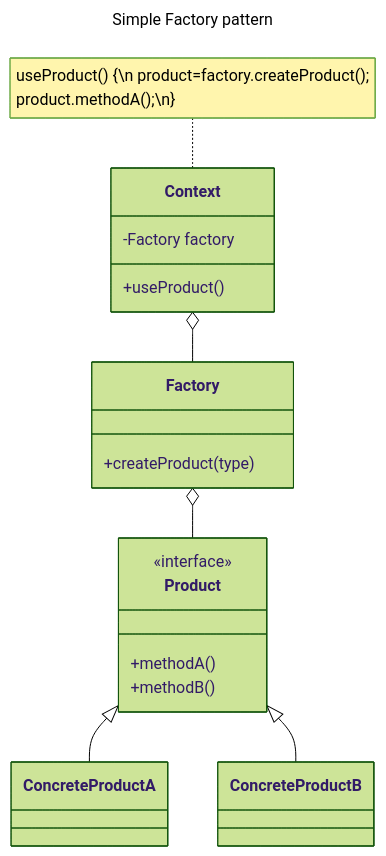
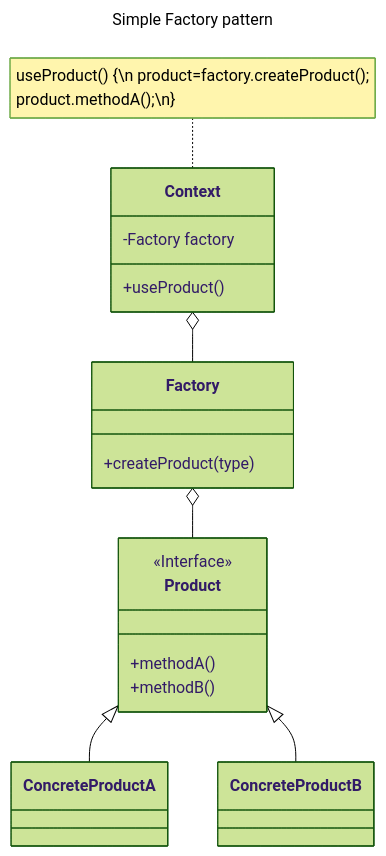
Before and after one commit to lamhq/tech-notes: the diagram in pages/software-engineering/design/ood/design-patterns/simple-factory.md, drawn with Mermaid (forest theme). The commit also changed 6 other files, not shown here.

Commit message:
fix mermaid class annotation

````diff
--- a/pages/software-engineering/design/ood/design-patterns/simple-factory.md
+++ b/pages/software-engineering/design/ood/design-patterns/simple-factory.md
@@ -30,24 +30,24 @@
 ```mermaid
 ---
 title: Simple Factory pattern
 ---
 classDiagram
   note for Context "useProduct() {\n product=factory.createProduct();
   product.methodA();\n}"
   class Context{
     -Factory factory
     +useProduct()
   }
   class Factory{
     +createProduct(type)
   }
   class Product{
-    <<interface>>
+    <<Interface>>
     +methodA()
     +methodB()
   }
   Context o-- Factory
   Factory o-- Product
   Product <|-- ConcreteProductA
   Product <|-- ConcreteProductB
 ```
````
